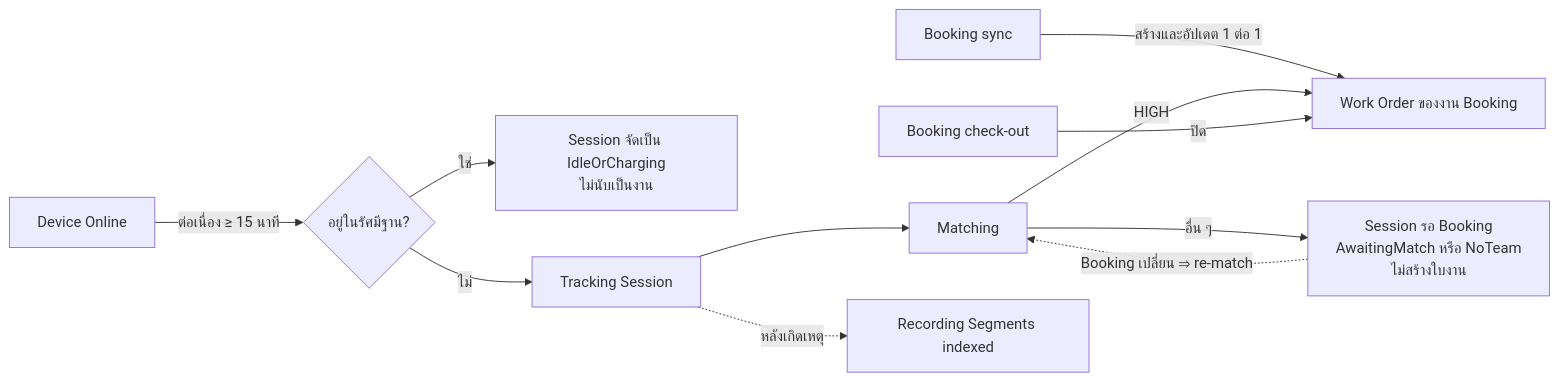
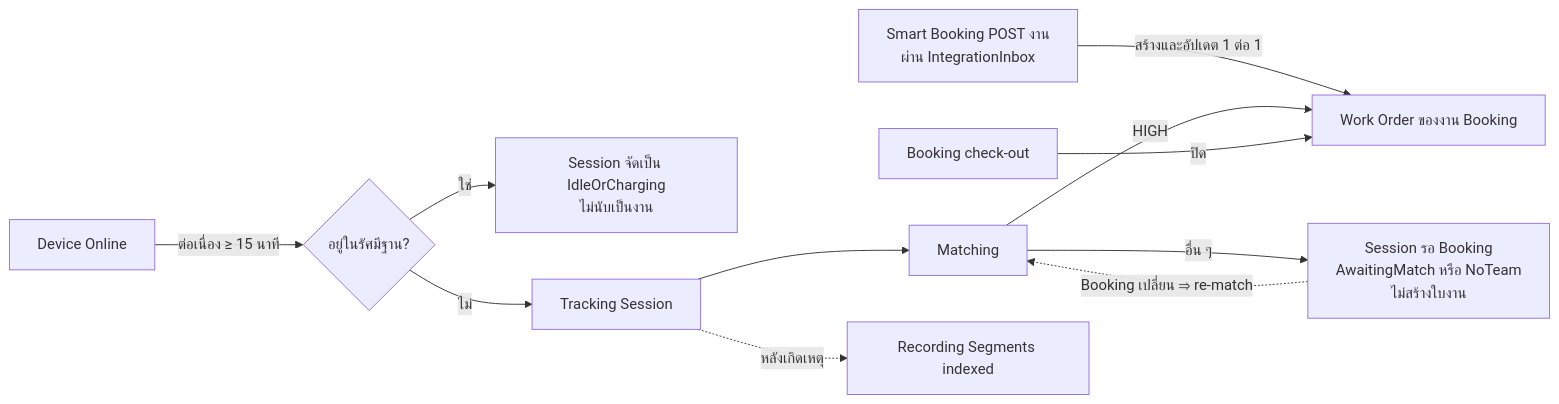
Before and after one commit to b-werayut/psd-bodycam-v1.0: the first of 10 diagrams in docs/blueprint/03-business-workflows.md, drawn with Mermaid. The commit also changed other lines of this file and 15 other files, not shown here.

````diff
--- a/docs/blueprint/03-business-workflows.md
+++ b/docs/blueprint/03-business-workflows.md
@@ -23,13 +24,13 @@
 ```mermaid
 flowchart LR
-  BS["Booking sync"] -->|"สร้างและอัปเดต 1 ต่อ 1"| E["Work Order ของงาน Booking"]
+  BS["Smart Booking POST งาน<br/>ผ่าน IntegrationInbox"] -->|"สร้างและอัปเดต 1 ต่อ 1"| E["Work Order ของงาน Booking"]
   A["Device Online"] -->|"ต่อเนื่อง ≥ 15 นาที"| B{"อยู่ในรัศมีฐาน?"}
   B -->|"ใช่"| Z["Session จัดเป็น IdleOrCharging<br/>ไม่นับเป็นงาน"]
   B -->|"ไม่"| C["Tracking Session"]
   C --> D["Matching"]
   D -->|"HIGH"| E
   D -->|"อื่น ๆ"| F["Session รอ Booking<br/>AwaitingMatch หรือ NoTeam<br/>ไม่สร้างใบงาน"]
   F -. "Booking เปลี่ยน ⇒ re-match" .-> D
   BK["Booking check-out"] -->|"ปิด"| E
   C -. "หลังเกิดเหตุ" .-> G["Recording Segments indexed"]
 ```
````
